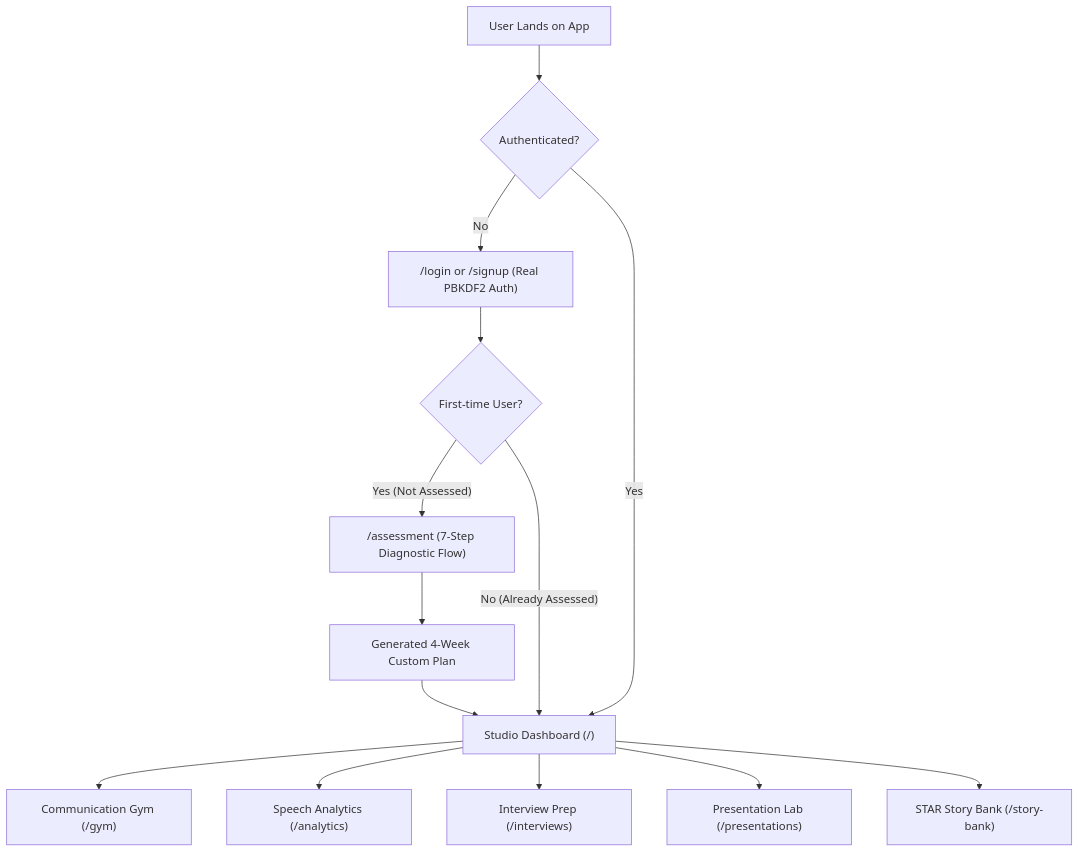
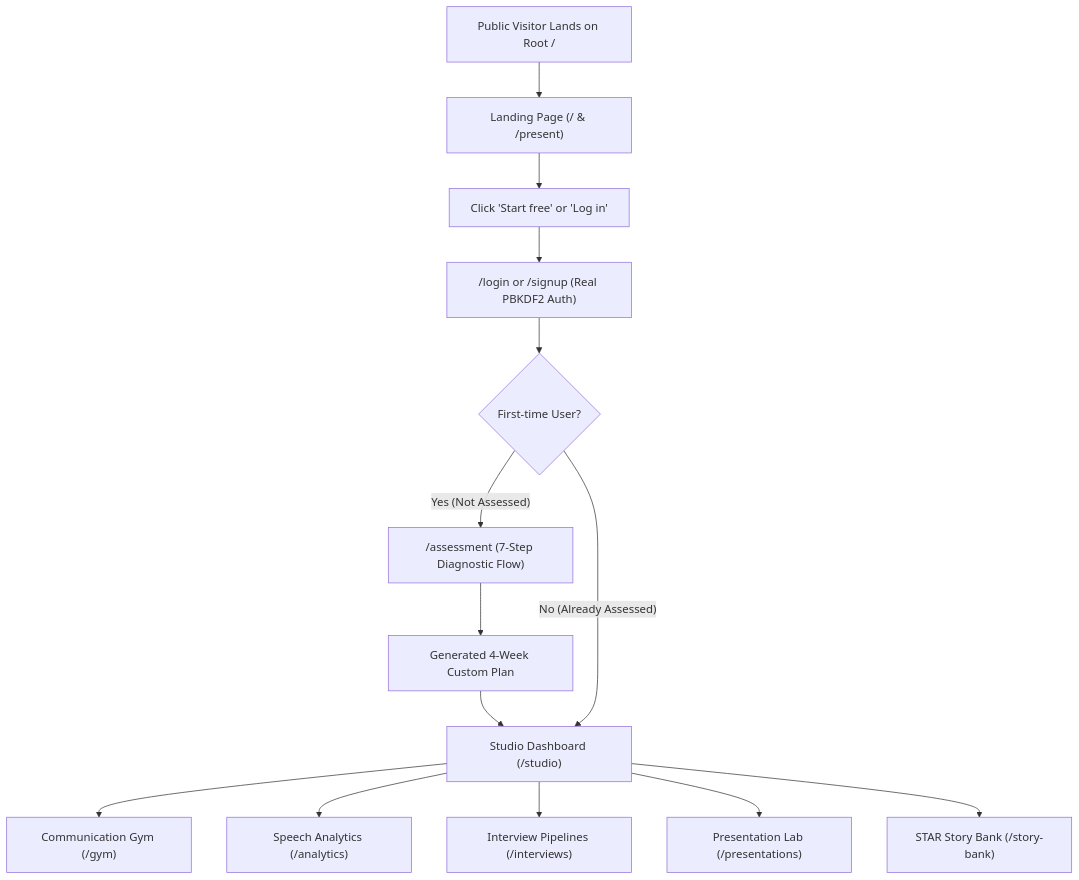
The diagram in docs/CLIENT_HANDOVER_AND_STATUS_REPORT.md (webseo-syedazeem/hakkiri-studio), drawn with Mermaid before and after one commit. The commit also changed 1 other file, not shown here.

Commit message:
docs: sync client handover architecture diagram with root marketing landing page

````diff
--- a/docs/CLIENT_HANDOVER_AND_STATUS_REPORT.md
+++ b/docs/CLIENT_HANDOVER_AND_STATUS_REPORT.md
@@ -23,16 +23,16 @@
 ```mermaid
 graph TD
-    A["User Lands on App"] --> B{"Authenticated?"}
-    B -- "No" --> C["/login or /signup (Real PBKDF2 Auth)"]
-    C --> D{"First-time User?"}
-    D -- "Yes (Not Assessed)" --> E["/assessment (7-Step Diagnostic Flow)"]
-    E --> F["Generated 4-Week Custom Plan"]
-    F --> G["Studio Dashboard (/)"]
-    D -- "No (Already Assessed)" --> G
-    B -- "Yes" --> G
-    G --> H["Communication Gym (/gym)"]
-    G --> I["Speech Analytics (/analytics)"]
-    G --> J["Interview Prep (/interviews)"]
-    G --> K["Presentation Lab (/presentations)"]
-    G --> L["STAR Story Bank (/story-bank)"]
+    A["Public Visitor Lands on Root /"] --> B["Landing Page (/ & /present)"]
+    B --> C["Click 'Start free' or 'Log in'"]
+    C --> D["/login or /signup (Real PBKDF2 Auth)"]
+    D --> E{"First-time User?"}
+    E -- "Yes (Not Assessed)" --> F["/assessment (7-Step Diagnostic Flow)"]
+    F --> G["Generated 4-Week Custom Plan"]
+    G --> H["Studio Dashboard (/studio)"]
+    E -- "No (Already Assessed)" --> H
+    H --> I["Communication Gym (/gym)"]
+    H --> J["Speech Analytics (/analytics)"]
+    H --> K["Interview Pipelines (/interviews)"]
+    H --> L["Presentation Lab (/presentations)"]
+    H --> M["STAR Story Bank (/story-bank)"]
 ```
````
